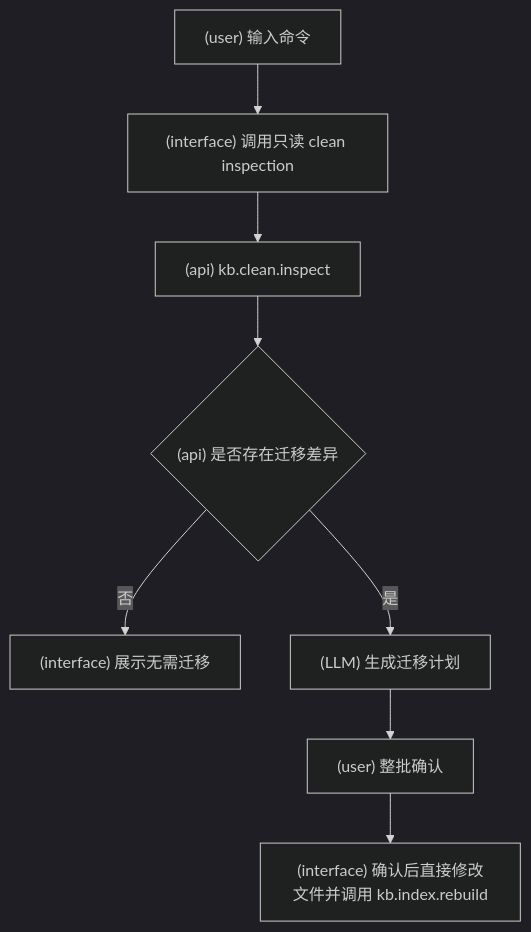
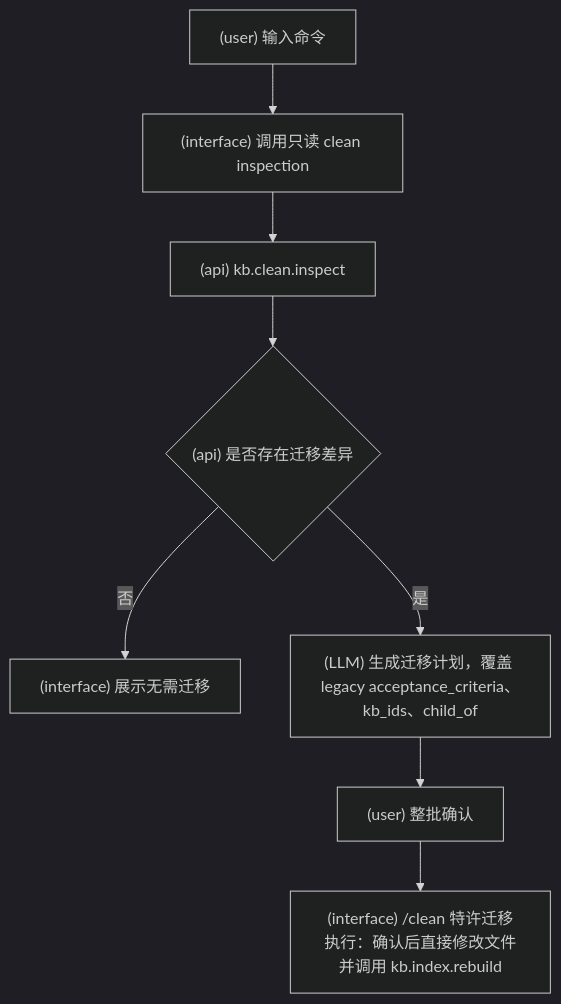
Before and after one commit to srangerme/KBManager: the third of 17 diagrams in docs/SlashCommand流程图.md, drawn with Mermaid (dark theme). The commit also changed other lines of this file and 27 other files, not shown here.

````diff
--- a/docs/SlashCommand流程图.md
+++ b/docs/SlashCommand流程图.md
@@ -49,10 +71,10 @@
 ```mermaid
 flowchart TD
   A["(user) 输入命令"] --> B["(interface) 调用只读 clean inspection"]
   B --> C["(api) kb.clean.inspect"]
   C --> D{"(api) 是否存在迁移差异"}
   D -- 否 --> E["(interface) 展示无需迁移"]
-  D -- 是 --> F["(LLM) 生成迁移计划"]
+  D -- 是 --> F["(LLM) 生成迁移计划，覆盖 legacy acceptance_criteria、kb_ids、child_of"]
   F --> G["(user) 整批确认"]
-  G --> H["(interface) 确认后直接修改文件并调用 kb.index.rebuild"]
+  G --> H["(interface) /clean 特许迁移执行：确认后直接修改文件并调用 kb.index.rebuild"]
 ```
````
